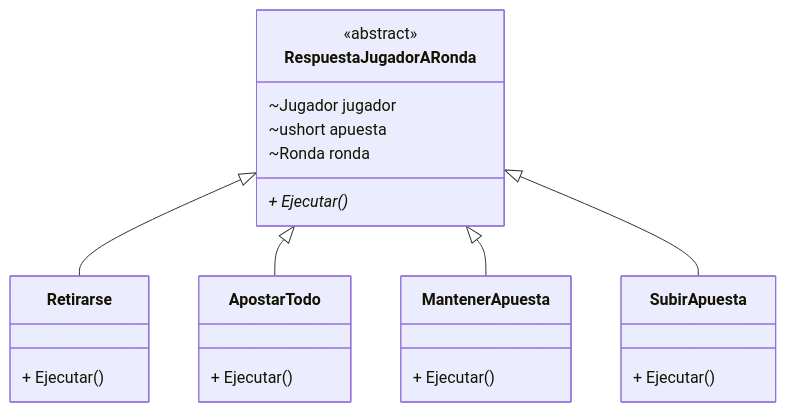
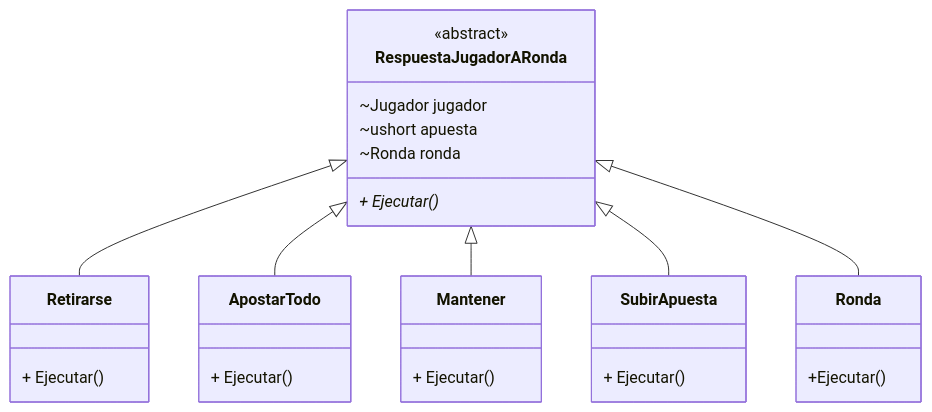
One commit to luchoxx87/Poker12 changed the first of 5 diagrams in Poker12.Core/LogicaRonda/README.md. Above: the diagram before and after it, drawn with Mermaid. The commit also changed other lines of this file and 1 other file, not shown here.

Commit message:
Diagramas de SECUENCIA

````diff
--- a/Poker12.Core/LogicaRonda/README.md
+++ b/Poker12.Core/LogicaRonda/README.md
@@ -5,29 +5,34 @@
 ```mermaid
 classDiagram
     class RespuestaJugadorARonda{
         <<abstract>>
         ~Jugador jugador
         ~ushort apuesta
         ~Ronda ronda
         + Ejecutar()*
     }
     class Retirarse{
         + Ejecutar()
     }
     RespuestaJugadorARonda <|-- Retirarse
 
     class ApostarTodo{
         + Ejecutar()
     }
 
-    class MantenerApuesta{
+    class Mantener{
         + Ejecutar()
     }
 
     class SubirApuesta{
         + Ejecutar()
     }
+
+    class Ronda{
+        +Ejecutar()
+    }
     RespuestaJugadorARonda <|-- ApostarTodo
-    RespuestaJugadorARonda <|-- MantenerApuesta
+    RespuestaJugadorARonda <|-- Mantener
     RespuestaJugadorARonda <|-- SubirApuesta
+    RespuestaJugadorARonda <|-- Ronda
 ```
````
